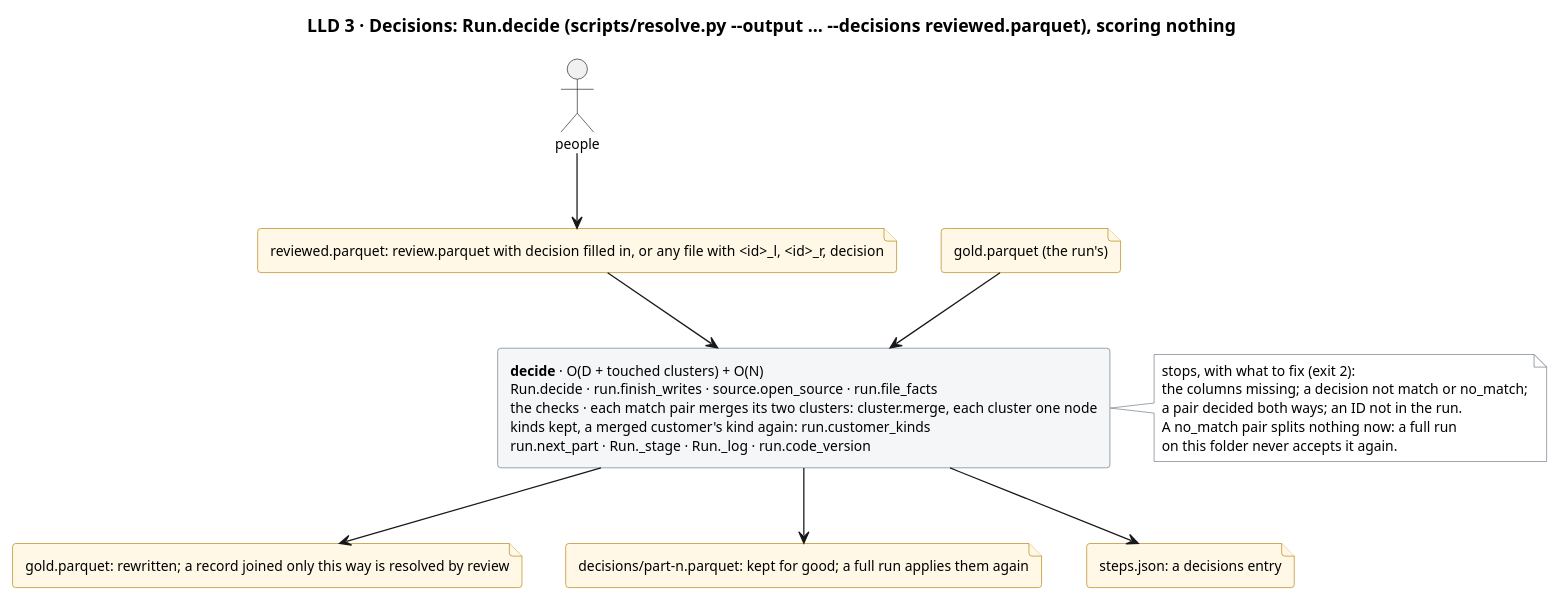
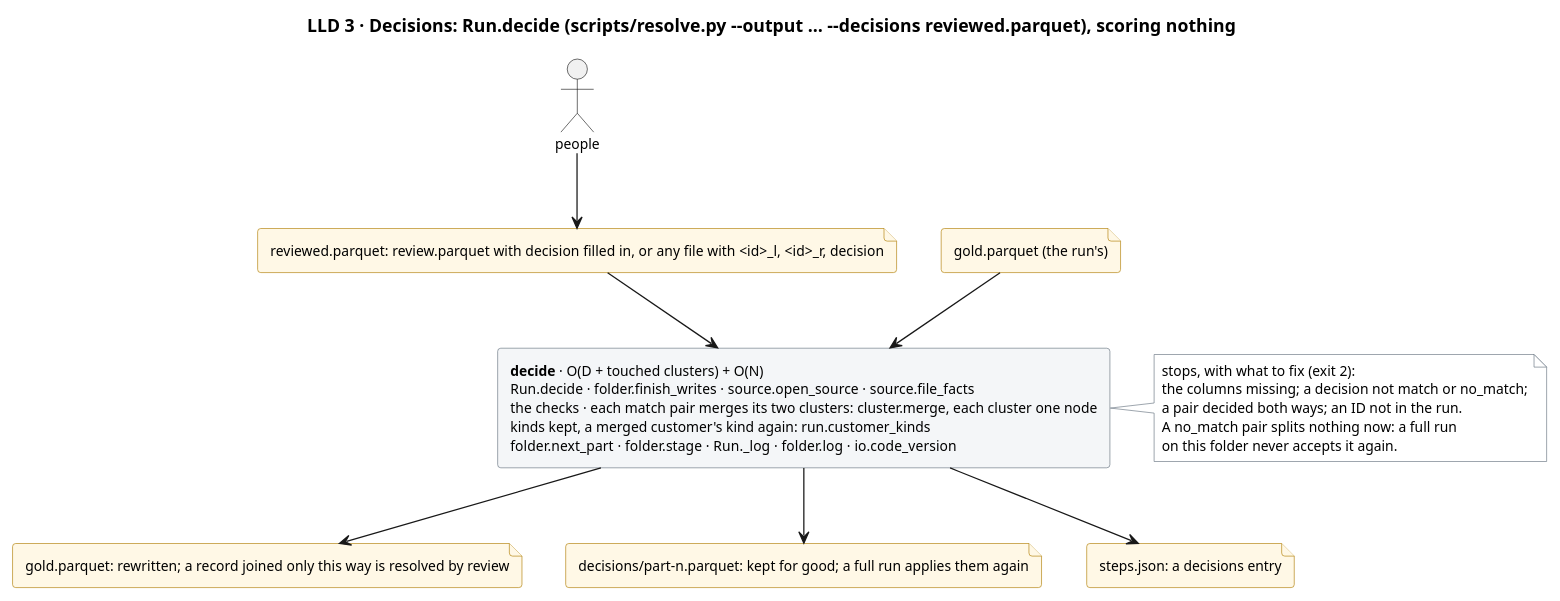
One commit to mvsbm/entity_matching changed the diagram in docs/diagrams/decisions.puml. Above: the diagram before and after it, drawn with PlantUML. The commit also changed 28 other files, not shown here.

```diff
--- a/docs/diagrams/decisions.puml
+++ b/docs/diagrams/decisions.puml
@@ -1,41 +1,41 @@
 @startuml decisions
 title LLD 3 · Decisions: Run.decide (scripts/resolve.py ~--output … ~--decisions reviewed.parquet), scoring nothing
 skinparam defaultFontSize 11
 skinparam rectangle {
   BackgroundColor #F4F6F8
   BorderColor #65717E
 }
 skinparam file {
   BackgroundColor #FFF8E6
   BorderColor #B07D00
 }
 skinparam note {
   BackgroundColor #FFFFFF
   BorderColor #65717E
 }
 
 actor "people" as people
 file "reviewed.parquet: review.parquet with decision filled in, or any file with <id>_l, <id>_r, decision" as f_decided
 file "gold.parquet (the run's)" as f_gold_in
 
-rectangle "<b>decide</b> · O(D + touched clusters) + O(N)\nRun.decide · run.finish_writes · source.open_source · run.file_facts\nthe checks · each match pair merges its two clusters: cluster.merge, each cluster one node\nkinds kept, a merged customer's kind again: run.customer_kinds\nrun.next_part · Run._stage · Run._log · run.code_version" as decide
+rectangle "<b>decide</b> · O(D + touched clusters) + O(N)\nRun.decide · folder.finish_writes · source.open_source · source.file_facts\nthe checks · each match pair merges its two clusters: cluster.merge, each cluster one node\nkinds kept, a merged customer's kind again: run.customer_kinds\nfolder.next_part · folder.stage · Run._log · folder.log · io.code_version" as decide
 
 note right of decide
   stops, with what to fix (exit 2):
   the columns missing; a decision not match or no_match;
   a pair decided both ways; an ID not in the run.
   A no_match pair splits nothing now: a full run
   on this folder never accepts it again.
 end note
 
 file "gold.parquet: rewritten; a record joined only this way is resolved by review" as f_gold_out
 file "decisions/part-n.parquet: kept for good; a full run applies them again" as f_kept
 file "steps.json: a decisions entry" as f_steps
 
 people --> f_decided
 f_decided --> decide
 f_gold_in --> decide
 decide --> f_gold_out
 decide --> f_kept
 decide --> f_steps
 @enduml
```
